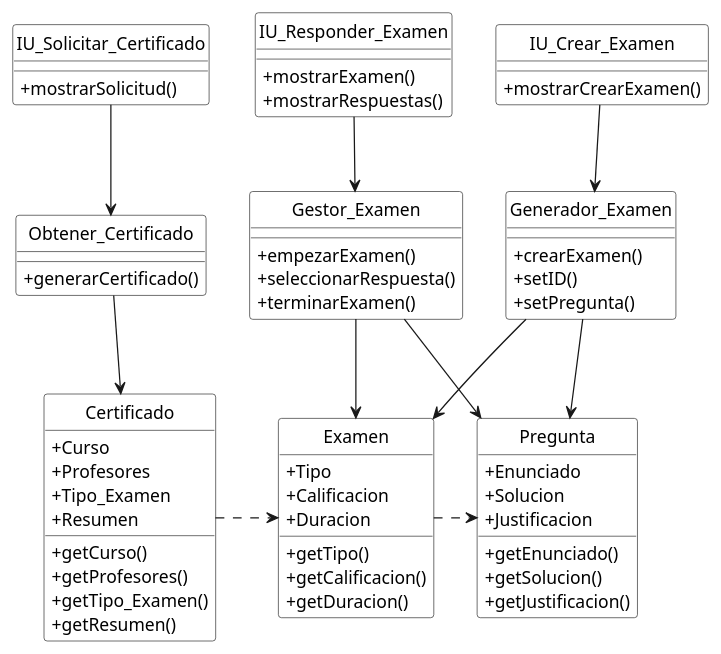
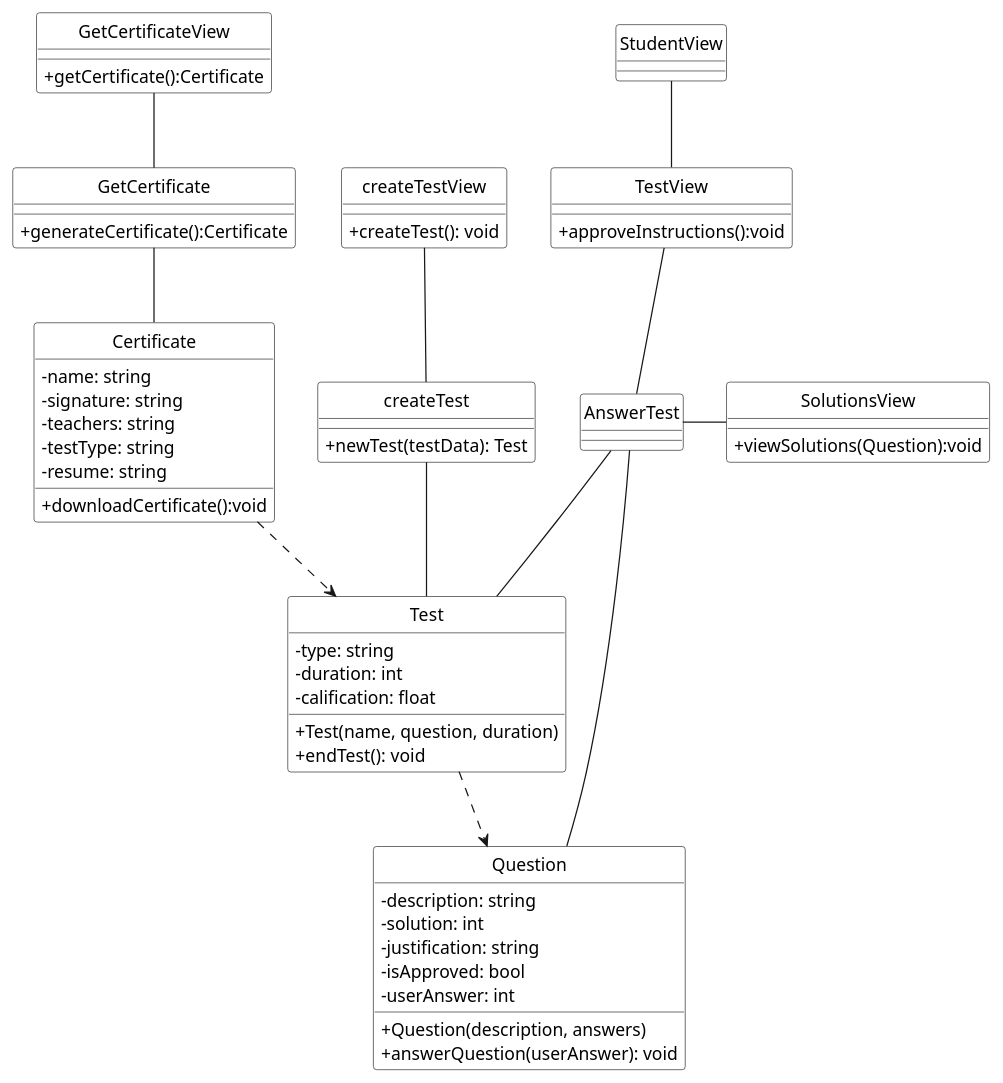
Before and after one commit to MiguelCiav/Uhuru: the diagram in DIAGRAMA_CLASES_ANALISIS.plantuml, drawn with PlantUML. The commit also changed 3 other files, not shown here.

Commit message:
Diagrama de clases de análisis terminado

```diff
--- a/DIAGRAMA_CLASES_ANALISIS.plantuml
+++ b/DIAGRAMA_CLASES_ANALISIS.plantuml
@@ -1,83 +1,81 @@
 @startuml DIAGRAMA_CLASES
 skinparam ClassBackgroundColor white
 skinparam classAttributeIconSize 0
 hide circle
 
-class Examen {
-    + Tipo
-    + Calificacion
-    + Duracion
-    + getTipo()
-    + getCalificacion()
-    + getDuracion()
+class Test {
+    - type: string
+    - duration: int
+    - calification: float
+    + Test(name, question, duration)
+    + endTest(): void
 }
 
-class Pregunta {
-    + Enunciado
-    + Solucion
-    + Justificacion
-    + getEnunciado()
-    + getSolucion()
-    + getJustificacion()
+class Question{
+    - description: string
+    - solution: int
+    - justification: string
+    - isApproved: bool
+    - userAnswer: int
+    + Question(description, answers)
+    + answerQuestion(userAnswer): void
 }
 
-class Certificado {
-    + Curso
-    + Profesores
-    + Tipo_Examen
-    + Resumen
-    + getCurso()
-    + getProfesores()
-    + getTipo_Examen()
-    + getResumen()
+class Certificate {
+    - name: string
+    - signature: string
+    - teachers: string
+    - testType: string
+    - resume: string
+    + downloadCertificate():void
 }
 
-class IU_Crear_Examen {
-    + mostrarCrearExamen()
+class createTestView{
+    + createTest(): void
 }
 
-class Generador_Examen {
-    + crearExamen()
-    + setID()
-    + setPregunta()
+class createTest{
+    + newTest(testData): Test
 }
 
-class IU_Responder_Examen {
-    + mostrarExamen()
-    + mostrarRespuestas()
+class StudentView {
+
 }
 
-class IU_Solicitar_Certificado {
-    + mostrarSolicitud()
+class TestView {
+    + approveInstructions():void
 }
 
-class Obtener_Certificado {
-    + generarCertificado()
+class AnswerTest {
+
 }
 
-class Gestor_Examen {
-    + empezarExamen()
-    + seleccionarRespuesta()
-    + terminarExamen()
+class SolutionsView {
+    + viewSolutions(Question):void
 }
 
-'Interfaces de Usuario
+class GetCertificateView {
+    + getCertificate():Certificate
+}
 
-IU_Responder_Examen -d-> Gestor_Examen
-IU_Solicitar_Certificado -d-> Obtener_Certificado
-IU_Crear_Examen -d-> Generador_Examen 
+class GetCertificate {
+    + generateCertificate():Certificate
+}
 
-'Clases de control
-
-Generador_Examen -d-> Examen
-Generador_Examen -d-> Pregunta
-Gestor_Examen -d-> Examen
-Obtener_Certificado --> Certificado 
-Gestor_Examen -d-> Pregunta
+' 
+createTestView -- createTest
+createTest -- Test
+StudentView -- TestView
+TestView -- AnswerTest
+AnswerTest -r- SolutionsView
+AnswerTest -- Test 
+AnswerTest -- Question
+GetCertificateView -- GetCertificate
+GetCertificate -- Certificate
 
 ' Dependencias
 
-Examen .r..> Pregunta
-Certificado .r..> Examen
+Certificate ..> Test
+Test ..> Question
 
 @enduml
```
